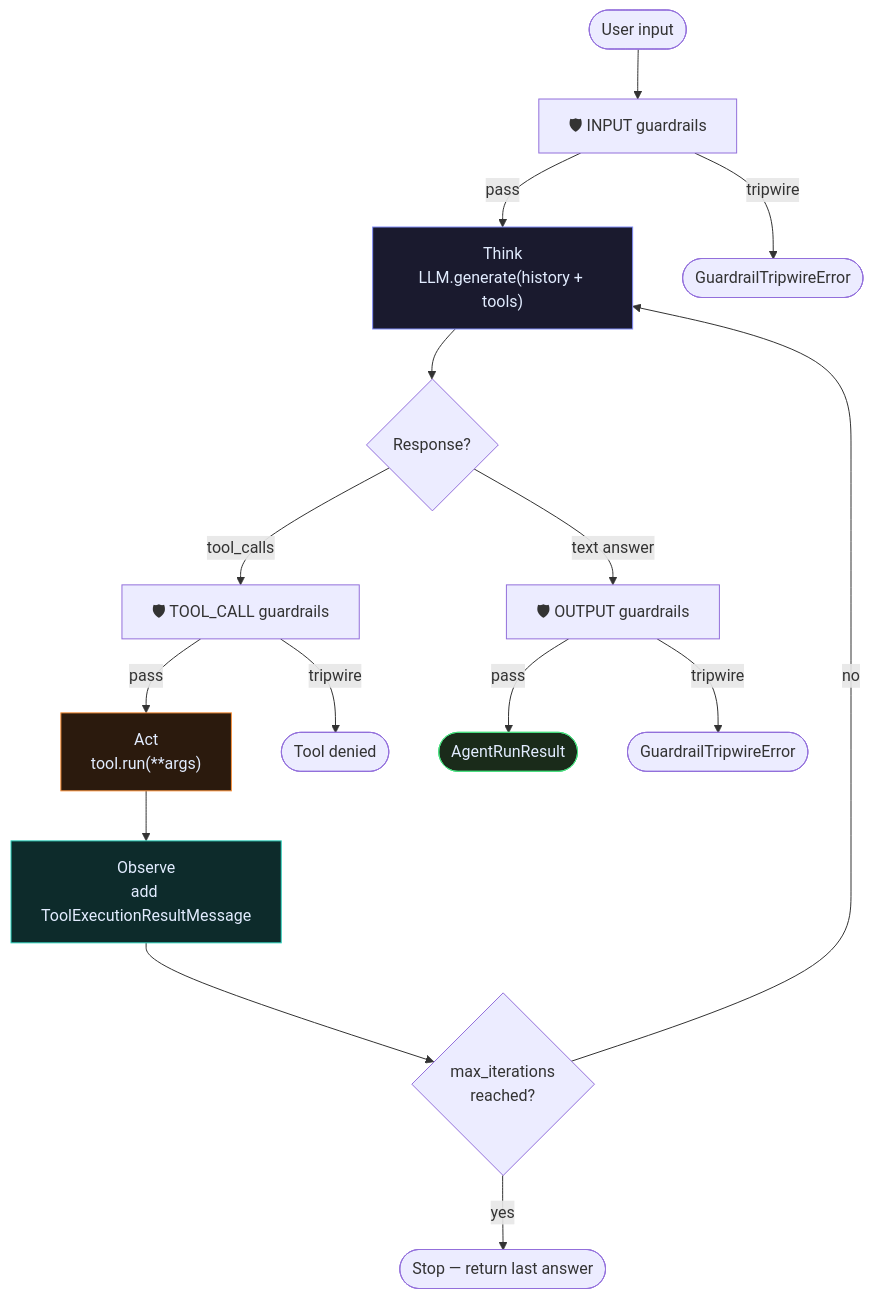
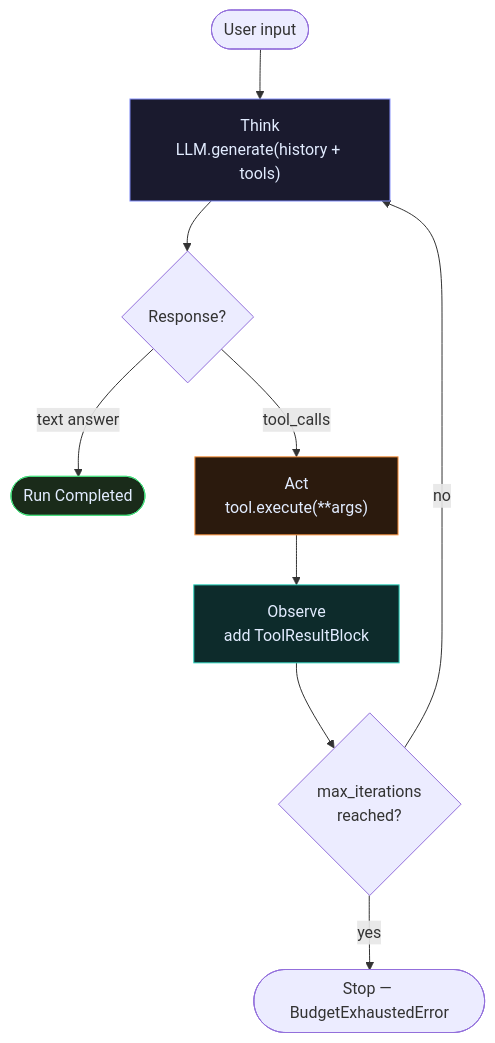
Before and after one commit to Ravikumarchavva/agent-substrate: the diagram in agents/agent-substrate/docs/core/agents/index.md, drawn with Mermaid. The commit also changed other lines of this file and 9 other files, not shown here.

Commit message:
refactor: migrate memory system to HistoryProvider protocol and update documentation to reflect new agent runtime architecture

````diff
--- a/agents/agent-substrate/docs/core/agents/index.md
+++ b/agents/agent-substrate/docs/core/agents/index.md
@@ -11,26 +14,17 @@
 ```mermaid
 flowchart TD
-    IN([User input]) --> IG["🛡 INPUT guardrails"]
-    IG -->|pass| LLM["Think\nLLM.generate(history + tools)"]
-    IG -->|tripwire| ERR(["GuardrailTripwireError"])
+    IN([User input]) --> LLM["Think\nLLM.generate(history + tools)"]
+    LLM --> D{Response?}
+    D -->|"text answer"| OUT(["Run Completed"])
+    D -->|"tool_calls"| EX["Act\ntool.execute(**args)"]
 
-    LLM --> D{Response?}
-    D -->|"text answer"| OG["🛡 OUTPUT guardrails"]
-    D -->|"tool_calls"| TG["🛡 TOOL_CALL guardrails"]
-
-    TG -->|pass| EX["Act\ntool.run(**args)"]
-    TG -->|tripwire| DENY(["Tool denied"])
-
-    EX --> OBS["Observe\nadd ToolExecutionResultMessage"]
+    EX --> OBS["Observe\nadd ToolResultBlock"]
     OBS --> CHK{max_iterations\nreached?}
     CHK -->|no| LLM
-    CHK -->|yes| STOP(["Stop — return last answer"])
-
-    OG -->|pass| OUT(["AgentRunResult"])
-    OG -->|tripwire| ERR2(["GuardrailTripwireError"])
+    CHK -->|yes| STOP(["Stop — BudgetExhaustedError"])
 
     style LLM  fill:#1a1a2e,stroke:#818cf8,color:#e2ecff
     style EX   fill:#2b1a0d,stroke:#fb923c,color:#e2ecff
     style OBS  fill:#0d2b2b,stroke:#2dd4bf,color:#e2ecff
     style OUT  fill:#1a2b1a,stroke:#4ade80,color:#e2ecff
 ```
````
